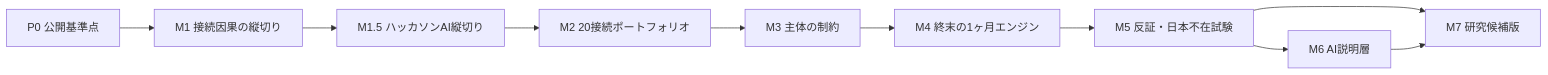
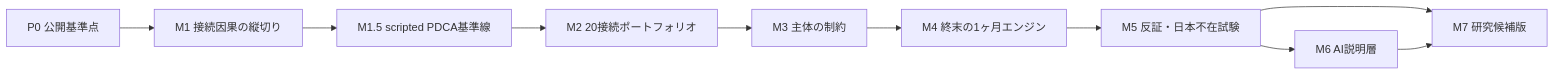
The diagram in ROADMAP.md (nexus-ai-2045/quiet-orchestrator-japan), drawn with Mermaid before and after one commit. The commit also changed other lines of this file and 13 other files, not shown here.

````diff
--- a/ROADMAP.md
+++ b/ROADMAP.md
@@ -28,12 +28,12 @@
 ```mermaid
 flowchart LR
     p0["P0 公開基準点"] --> m1["M1 接続因果の縦切り"]
-    m1 --> m15["M1.5 ハッカソンAI縦切り"]
+    m1 --> m15["M1.5 scripted PDCA基準線"]
     m15 --> m2["M2 20接続ポートフォリオ"]
     m2 --> m3["M3 主体の制約"]
     m3 --> m4["M4 終末の1ヶ月エンジン"]
     m4 --> m5["M5 反証・日本不在試験"]
     m5 --> m6["M6 AI説明層"]
     m5 --> m7["M7 研究候補版"]
     m6 --> m7
 ```
````
